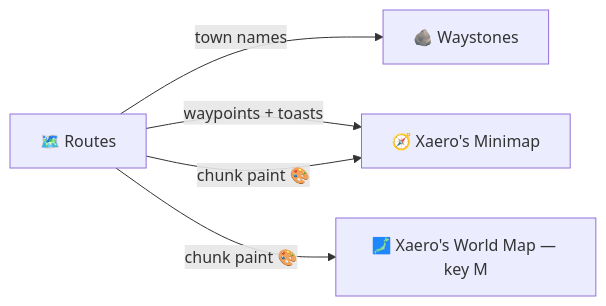
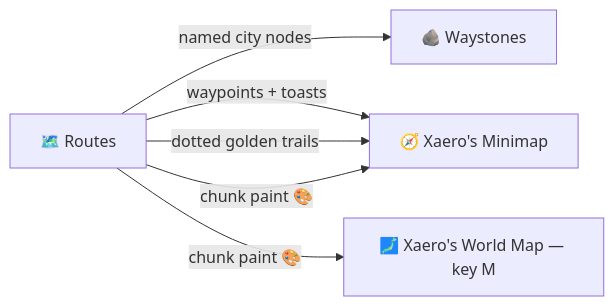
Before and after one commit to manucruzleiva/mod-wiki: the diagram in docs/routes/map-integration.md, drawn with Mermaid. The commit also changed other lines of this file and 13 other files, not shown here.

````diff
--- a/docs/routes/map-integration.md
+++ b/docs/routes/map-integration.md
@@ -6,7 +6,8 @@
 ```mermaid
 flowchart LR
-    CR[🗺️ Routes] -->|town names| WS[🪨 Waystones]
+    CR[🗺️ Routes] -->|named city nodes| WS[🪨 Waystones]
     CR -->|waypoints + toasts| XM[🧭 Xaero's Minimap]
+    CR -->|dotted golden trails| XM
     CR -->|chunk paint 🎨| XM
     CR -->|chunk paint 🎨| XW[🗾 Xaero's World Map — key M]
 ```
````
